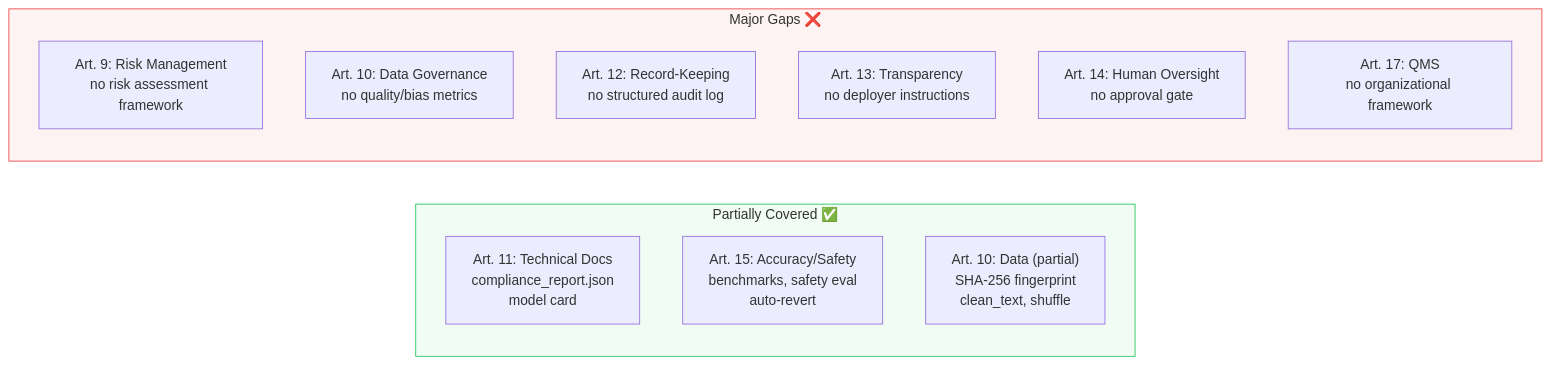
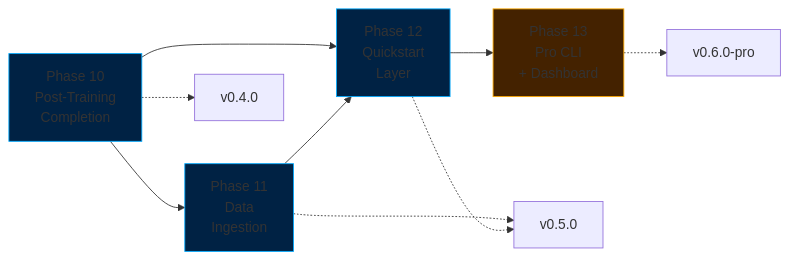
One commit to cemililik/ForgeLM changed the diagram in docs/roadmap.md. Above: the diagram before and after it, drawn with Mermaid. The commit also changed other lines of this file and 45 other files, not shown here.

````diff
--- a/docs/roadmap.md
+++ b/docs/roadmap.md
@@ -219,20 +19,17 @@
 ```mermaid
 graph LR
-    subgraph Covered["Partially Covered ✅"]
-        A11["Art. 11: Technical Docs<br/>compliance_report.json<br/>model card"]
-        A15["Art. 15: Accuracy/Safety<br/>benchmarks, safety eval<br/>auto-revert"]
-        A10p["Art. 10: Data (partial)<br/>SHA-256 fingerprint<br/>clean_text, shuffle"]
-    end
+    P10[Phase 10<br/>Post-Training<br/>Completion] --> P11[Phase 11<br/>Data<br/>Ingestion]
+    P10 --> P12[Phase 12<br/>Quickstart<br/>Layer]
+    P11 --> P12
+    P12 --> P13[Phase 13<br/>Pro CLI<br/>+ Dashboard]
 
-    subgraph Gaps["Major Gaps ❌"]
-        A9["Art. 9: Risk Management<br/>no risk assessment framework"]
-        A10g["Art. 10: Data Governance<br/>no quality/bias metrics"]
-        A12["Art. 12: Record-Keeping<br/>no structured audit log"]
-        A13["Art. 13: Transparency<br/>no deployer instructions"]
-        A14["Art. 14: Human Oversight<br/>no approval gate"]
-        A17["Art. 17: QMS<br/>no organizational framework"]
-    end
+    P10 -.-> V1[v0.4.0]
+    P11 -.-> V2[v0.5.0]
+    P12 -.-> V2
+    P13 -.-> V3[v0.6.0-pro]
 
-    style Covered fill:#22c55e10,stroke:#22c55e
-    style Gaps fill:#ef444410,stroke:#ef4444
+    style P10 fill:#002244,stroke:#00aaff
+    style P11 fill:#002244,stroke:#00aaff
+    style P12 fill:#002244,stroke:#00aaff
+    style P13 fill:#442200,stroke:#ffaa00
 ```
````
